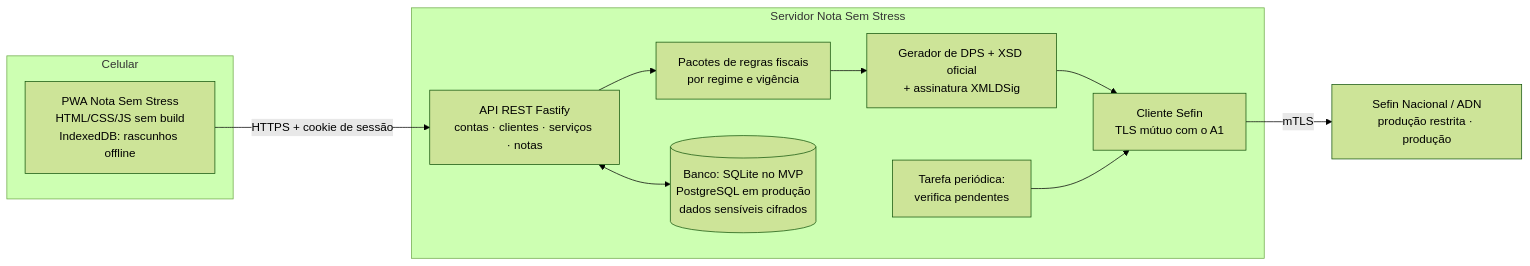
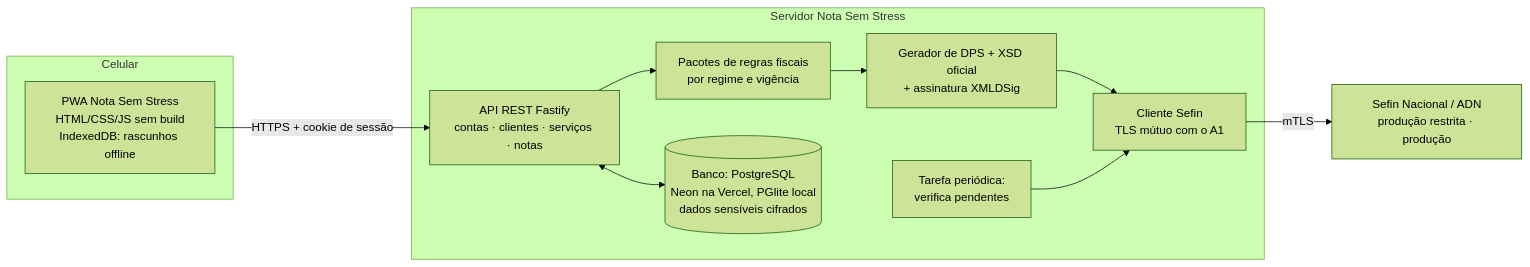
The first of 4 diagrams in docs/03-dados-e-integracao.md (fredabsd-svg/NotaVez), drawn with Mermaid (forest theme) before and after one commit. The commit also changed 51 other files, not shown here.

First line of the commit message:
Publicação na Vercel com banco Neon (Postgres)

````diff
--- a/docs/03-dados-e-integracao.md
+++ b/docs/03-dados-e-integracao.md
@@ -5,19 +5,19 @@
 ```mermaid
 flowchart LR
   subgraph Celular
     PWA[PWA Nota Sem Stress<br/>HTML/CSS/JS sem build<br/>IndexedDB: rascunhos offline]
   end
   subgraph Servidor Nota Sem Stress
     API[API REST Fastify<br/>contas · clientes · serviços · notas]
     REG[Pacotes de regras fiscais<br/>por regime e vigência]
     DPS[Gerador de DPS + XSD oficial<br/>+ assinatura XMLDSig]
     SEF[Cliente Sefin<br/>TLS mútuo com o A1]
-    DB[(Banco: SQLite no MVP<br/>PostgreSQL em produção<br/>dados sensíveis cifrados)]
+    DB[(Banco: PostgreSQL<br/>Neon na Vercel, PGlite local<br/>dados sensíveis cifrados)]
     JOB[Tarefa periódica:<br/>verifica pendentes]
   end
   RFB[Sefin Nacional / ADN<br/>produção restrita · produção]
   PWA -- HTTPS + cookie de sessão --> API
   API --> REG --> DPS --> SEF -- mTLS --> RFB
   API <--> DB
   JOB --> SEF
 ```
````
